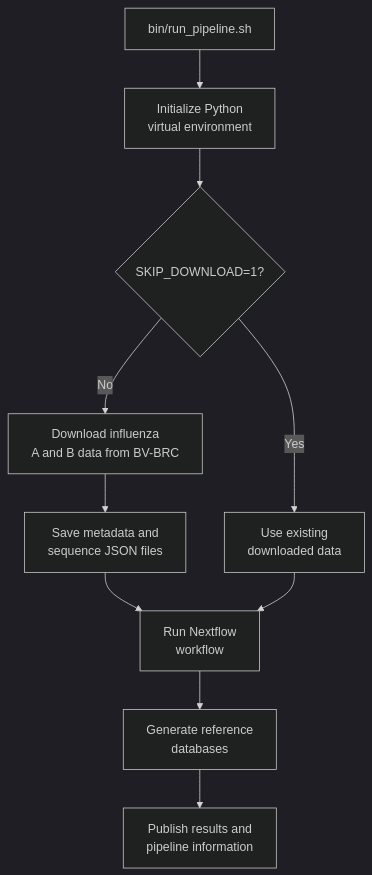
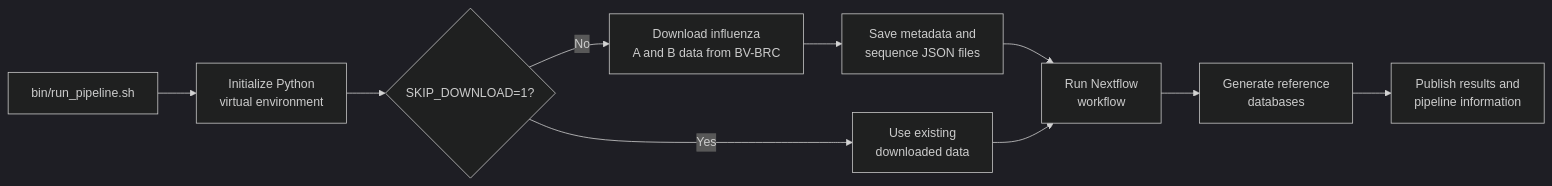
Before and after one commit to xiaoli-dong/fluab-reference-db: the diagram in README.md, drawn with Mermaid (dark theme).

Commit message:
Change flowchart direction in README
Updated flowchart direction from TD to LR in README.

````diff
--- a/README.md
+++ b/README.md
@@ -25,12 +25,12 @@
 ```mermaid
-flowchart TD
+flowchart LR
     A["bin/run_pipeline.sh"] --> B["Initialize Python<br> virtual environment"]
     B --> C{"SKIP_DOWNLOAD=1?"}
     C -->|No| D["Download influenza <br>A and B data from BV-BRC"]
     C -->|Yes| F["Use existing <br>downloaded data"]
     D --> E["Save metadata and <br>sequence JSON files"]
     E --> G["Run Nextflow <br>workflow"]
     F --> G
     G --> H["Generate reference<br> databases"]
     H --> I["Publish results and <br>pipeline information"]
 ```
````
